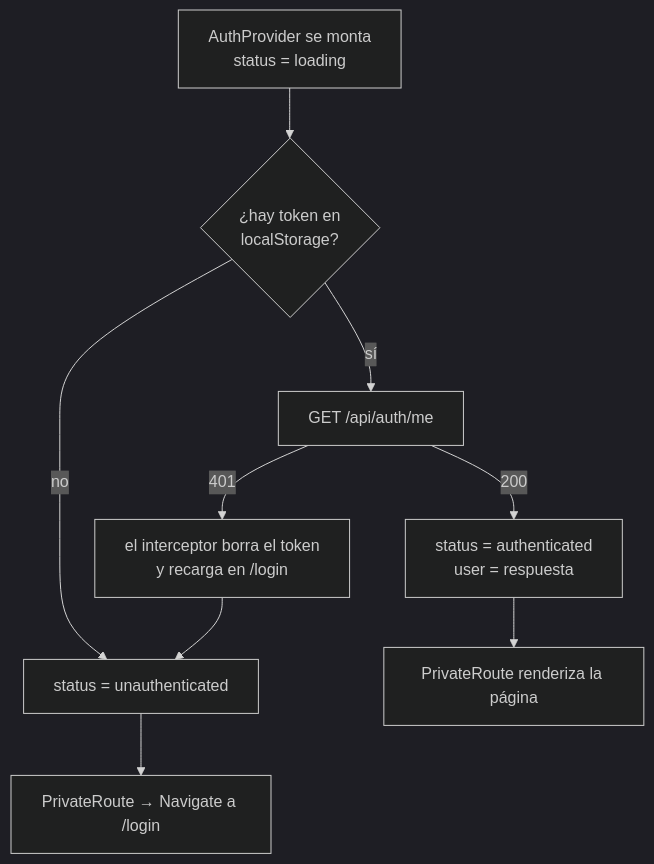
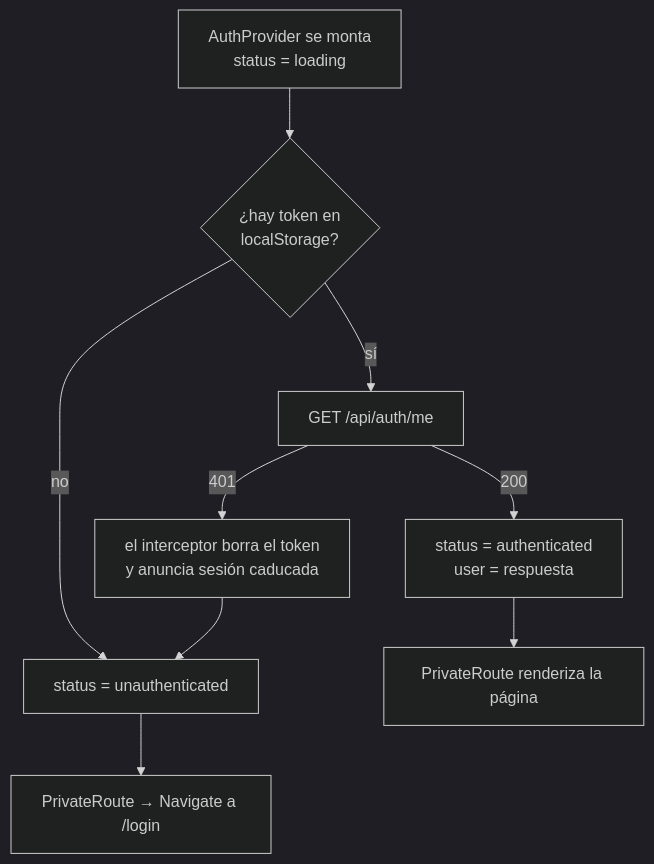
One commit to daviddhernandez2/yieldfit changed the fourth of 4 diagrams in docs/auth.md. Above: the diagram before and after it, drawn with Mermaid (dark theme). The commit also changed other lines of this file and 3 other files, not shown here.

````diff
--- a/docs/auth.md
+++ b/docs/auth.md
@@ -110,10 +114,10 @@
 ```mermaid
 flowchart TD
     A["AuthProvider se monta<br/>status = loading"] --> B{"¿hay token en<br/>localStorage?"}
     B -- no --> F["status = unauthenticated"]
     B -- sí --> C["GET /api/auth/me"]
     C -- 200 --> D["status = authenticated<br/>user = respuesta"]
-    C -- 401 --> E["el interceptor borra el token<br/>y recarga en /login"] --> F
+    C -- 401 --> E["el interceptor borra el token<br/>y anuncia sesión caducada"] --> F
     F --> G["PrivateRoute → Navigate a /login"]
     D --> H["PrivateRoute renderiza la página"]
 ```
````
